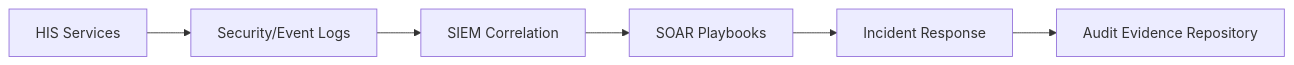
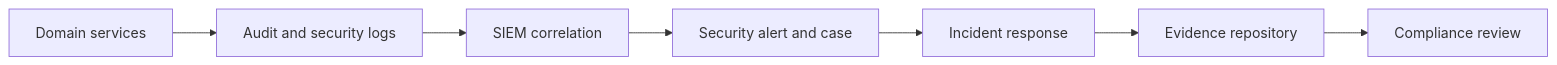
The diagram in Hospital Information System/edge-cases/security-and-compliance.md (0Ankit0/Project-Ideas), drawn with Mermaid before and after one commit. The commit also changed other lines of this file and 18 other files, not shown here.

````diff
--- a/Hospital Information System/edge-cases/security-and-compliance.md
+++ b/Hospital Information System/edge-cases/security-and-compliance.md
@@ -26,8 +17,9 @@
 ```mermaid
 flowchart LR
-    App[HIS Services] --> Logs[Security/Event Logs]
-    Logs --> SIEM[SIEM Correlation]
-    SIEM --> SOAR[SOAR Playbooks]
-    SOAR --> IR[Incident Response]
-    IR --> Evidence[Audit Evidence Repository]
+    Services[Domain services] --> Audit[Audit and security logs]
+    Audit --> SIEM[SIEM correlation]
+    SIEM --> Alert[Security alert and case]
+    Alert --> IR[Incident response]
+    IR --> Evidence[Evidence repository]
+    Evidence --> Review[Compliance review]
 ```
````
